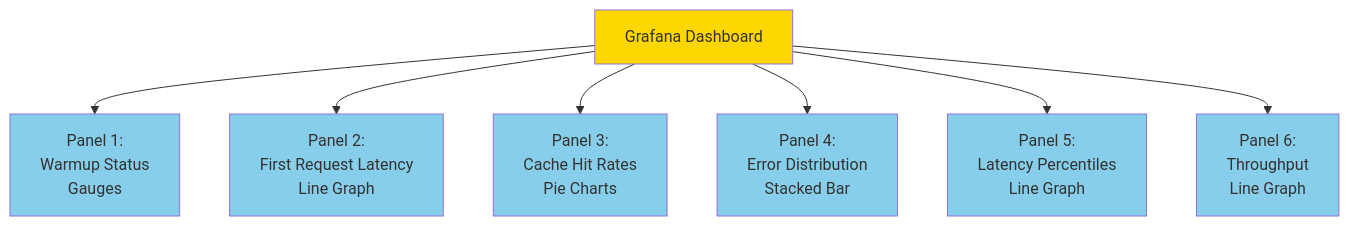
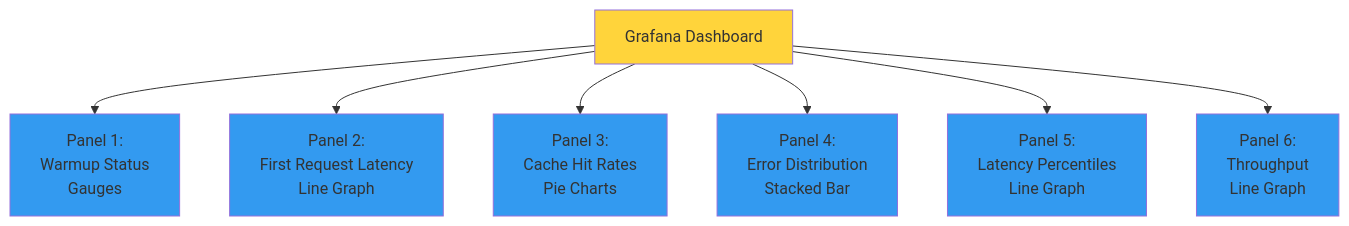
Before and after one commit to manumishra-zm/execution_plan: diagram 19 of 21 in latency_fix_plan/latency.md, drawn with Mermaid. The commit also changed other lines of this file, not shown here.

````diff
--- a/latency_fix_plan/latency.md
+++ b/latency_fix_plan/latency.md
@@ -1429,19 +1429,19 @@
 ```mermaid
 graph TB
     Dashboard[Grafana Dashboard]
 
     Dashboard --> P1[Panel 1:<br/>Warmup Status<br/>Gauges]
     Dashboard --> P2[Panel 2:<br/>First Request Latency<br/>Line Graph]
     Dashboard --> P3[Panel 3:<br/>Cache Hit Rates<br/>Pie Charts]
     Dashboard --> P4[Panel 4:<br/>Error Distribution<br/>Stacked Bar]
     Dashboard --> P5[Panel 5:<br/>Latency Percentiles<br/>Line Graph]
     Dashboard --> P6[Panel 6:<br/>Throughput<br/>Line Graph]
 
-    style Dashboard fill:#FFD700
-    style P1 fill:#87CEEB
-    style P2 fill:#87CEEB
-    style P3 fill:#87CEEB
-    style P4 fill:#87CEEB
-    style P5 fill:#87CEEB
-    style P6 fill:#87CEEB
+    style Dashboard fill:#ffd43b
+    style P1 fill:#339af0
+    style P2 fill:#339af0
+    style P3 fill:#339af0
+    style P4 fill:#339af0
+    style P5 fill:#339af0
+    style P6 fill:#339af0
 ```
````
